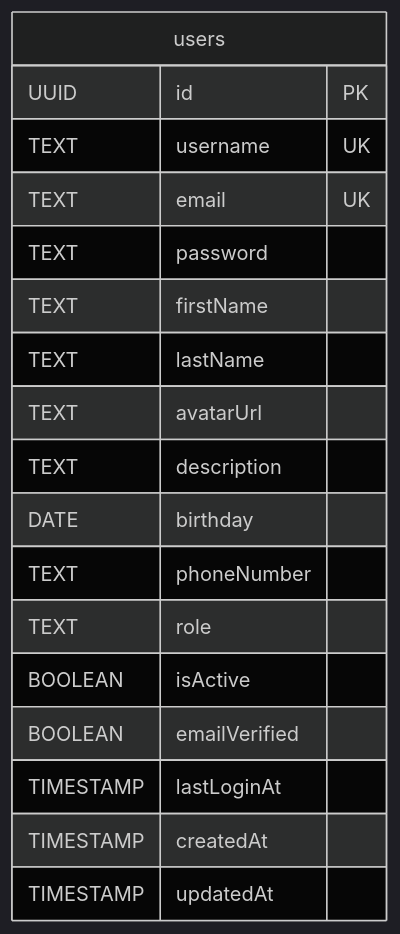
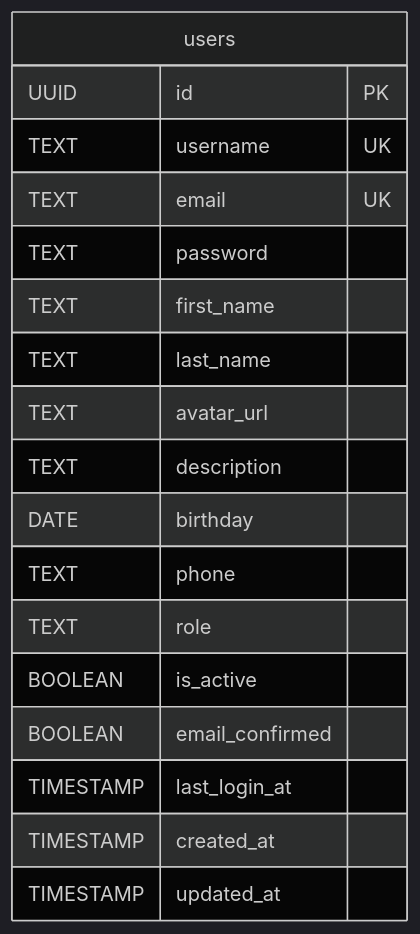
One commit to Ancrom/fullkek changed the diagram in README.md. Above: the diagram before and after it, drawn with Mermaid (dark theme). The commit also changed 1 other file, not shown here.

Commit message:
Update README.md; fix init.sql

````diff
--- a/README.md
+++ b/README.md
@@ -36,21 +36,21 @@
 ```mermaid
 erDiagram
     users {
         UUID id PK
         TEXT username UK
         TEXT email UK
         TEXT password
-        TEXT firstName
-        TEXT lastName
-        TEXT avatarUrl
+        TEXT first_name
+        TEXT last_name
+        TEXT avatar_url
         TEXT description
         DATE birthday
-        TEXT phoneNumber
+        TEXT phone
         TEXT role
-        BOOLEAN isActive
-        BOOLEAN emailVerified
-        TIMESTAMP lastLoginAt
-        TIMESTAMP createdAt
-        TIMESTAMP updatedAt
+        BOOLEAN is_active
+        BOOLEAN email_confirmed
+        TIMESTAMP last_login_at
+        TIMESTAMP created_at
+        TIMESTAMP updated_at
     }
 ```
````
